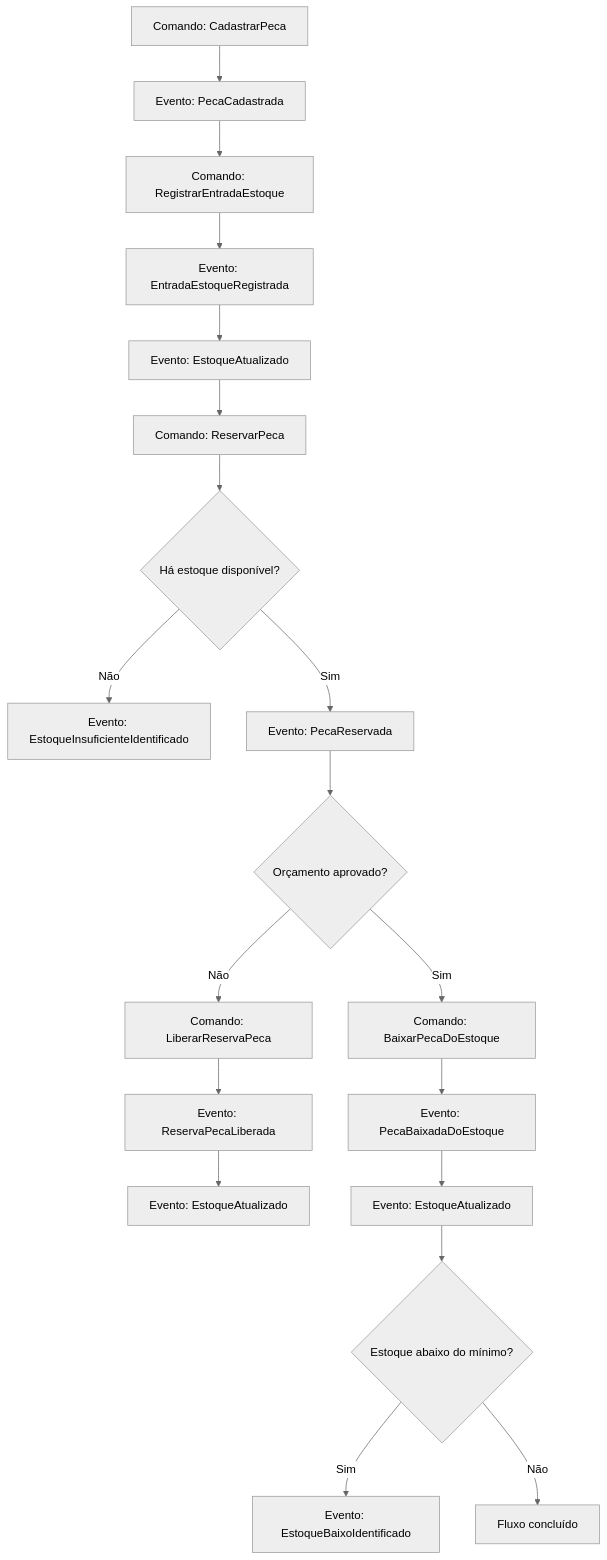
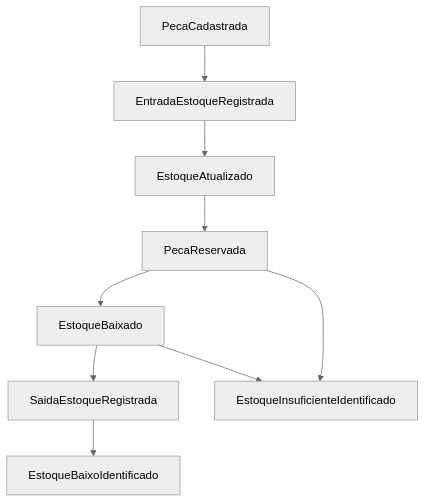
The sixth of 7 diagrams in docs/EVENT_STORMING.md (yxsbx/SOAT-FIAP), drawn with Mermaid (neutral theme) before and after one commit. The commit also changed other lines of this file and 34 other files, not shown here.

````diff
--- a/docs/EVENT_STORMING.md
+++ b/docs/EVENT_STORMING.md
@@ -455,21 +421,15 @@
 ```mermaid
 flowchart TD
-    C1["Comando: CadastrarPeca"] --> E1["Evento: PecaCadastrada"]
-    E1 --> C2["Comando: RegistrarEntradaEstoque"]
-    C2 --> E2["Evento: EntradaEstoqueRegistrada"]
-    E2 --> E3["Evento: EstoqueAtualizado"]
-    E3 --> C3["Comando: ReservarPeca"]
-    C3 --> D1{Há estoque disponível?}
-    D1 -- "Não" --> E4["Evento: EstoqueInsuficienteIdentificado"]
-    D1 -- "Sim" --> E5["Evento: PecaReservada"]
-    E5 --> D2{Orçamento aprovado?}
-    D2 -- "Não" --> C4["Comando: LiberarReservaPeca"]
-    C4 --> E6["Evento: ReservaPecaLiberada"]
-    E6 --> E7["Evento: EstoqueAtualizado"]
-    D2 -- "Sim" --> C5["Comando: BaixarPecaDoEstoque"]
-    C5 --> E8["Evento: PecaBaixadaDoEstoque"]
-    E8 --> E9["Evento: EstoqueAtualizado"]
-    E9 --> D3{Estoque abaixo do mínimo?}
-    D3 -- "Sim" --> E10["Evento: EstoqueBaixoIdentificado"]
-    D3 -- "Não" --> F1["Fluxo concluído"]
+    E1["PecaCadastrada"]
+    E2["EntradaEstoqueRegistrada"]
+    E3["EstoqueAtualizado"]
+    E4["PecaReservada"]
+    E5["EstoqueBaixado"]
+    E6["SaidaEstoqueRegistrada"]
+    E7["EstoqueBaixoIdentificado"]
+    X1["EstoqueInsuficienteIdentificado"]
+
+    E1 --> E2 --> E3 --> E4 --> E5 --> E6 --> E7
+    E4 --> X1
+    E5 --> X1
 ```
````
